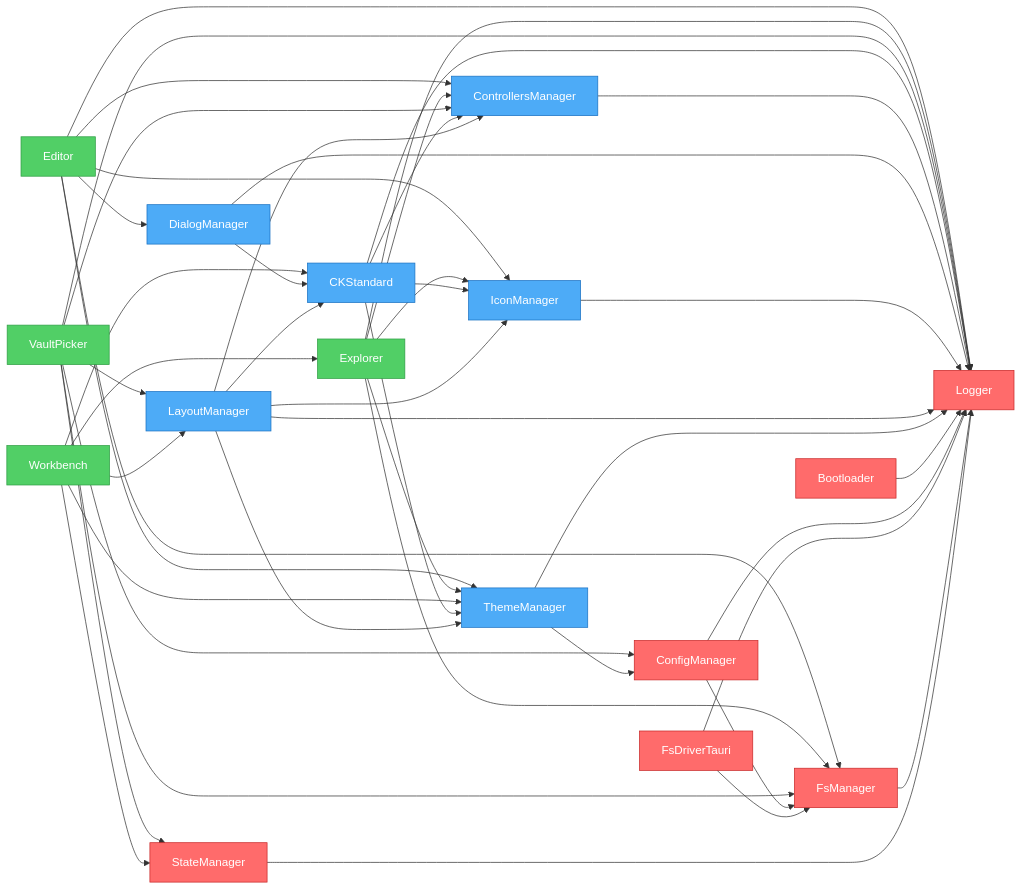
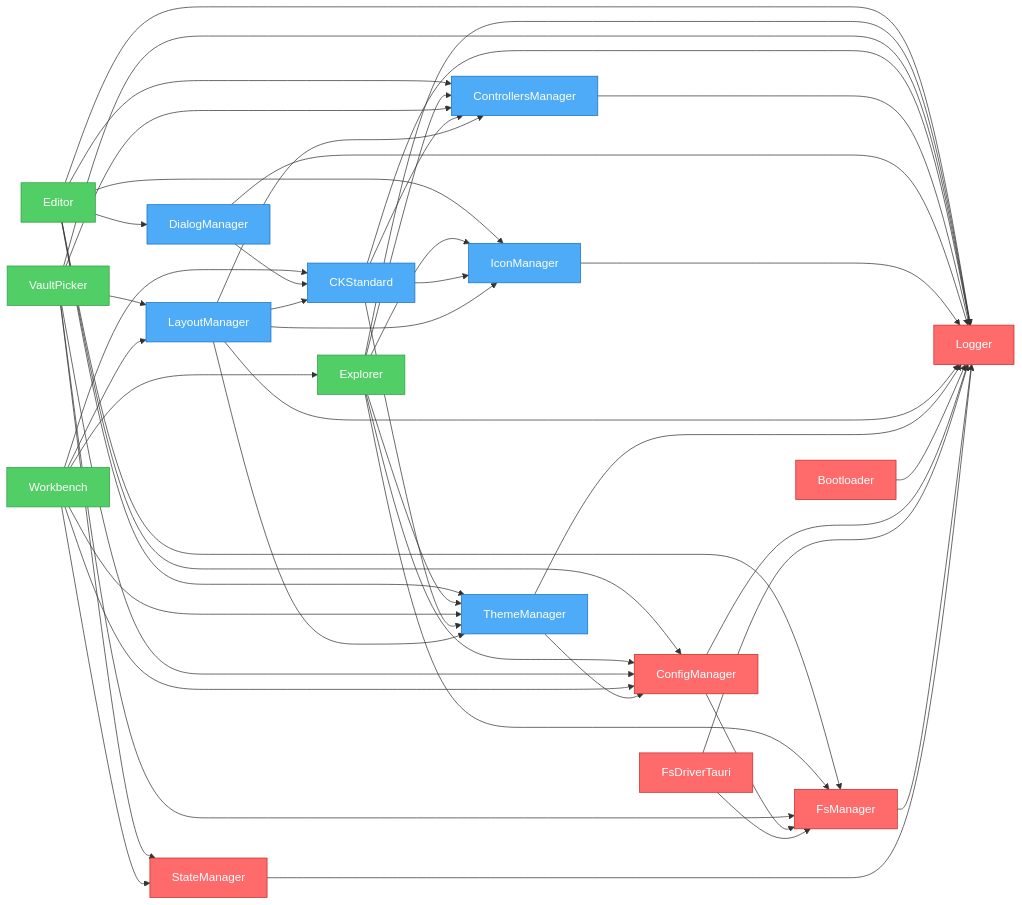
Before and after one commit to khton-tech/notehub.md: the diagram in artifacts/graph.mmd, drawn with Mermaid. The commit also changed 12 other files, not shown here.

Commit message:
feat: Add CodeMirror 6-based Notehub editor with markdown support and initial plugin structure for editor, explorer, and workbench features.

```diff
--- a/artifacts/graph.mmd
+++ b/artifacts/graph.mmd
@@ -1,70 +1,73 @@
 flowchart LR
     nh_features_editor["Editor"]
     nh_features_explorer["Explorer"]
     nh_features_vault-picker["VaultPicker"]
     nh_features_workbench["Workbench"]
     nh_ui_ck-standard["CKStandard"]
     nh_ui_controllers-manager["ControllersManager"]
     nh_ui_dialog-manager["DialogManager"]
     nh_ui_icon-manager["IconManager"]
     nh_ui_layout-manager["LayoutManager"]
     nh_ui_theme-manager["ThemeManager"]
     nh_system_bootloader["Bootloader"]
     nh_system_config-manager["ConfigManager"]
     nh_system_fs-driver-tauri["FsDriverTauri"]
     nh_system_fs-manager["FsManager"]
     nh_system_logger["Logger"]
     nh_system_state-manager["StateManager"]
+    nh_features_editor --> nh_system_config-manager
     nh_features_editor --> nh_system_fs-manager
     nh_features_editor --> nh_system_logger
     nh_features_editor --> nh_ui_controllers-manager
     nh_features_editor --> nh_ui_dialog-manager
     nh_features_editor --> nh_ui_icon-manager
     nh_features_editor --> nh_ui_theme-manager
+    nh_features_explorer --> nh_system_config-manager
     nh_features_explorer --> nh_system_fs-manager
     nh_features_explorer --> nh_system_logger
     nh_features_explorer --> nh_ui_controllers-manager
     nh_features_explorer --> nh_ui_icon-manager
     nh_features_explorer --> nh_ui_theme-manager
     nh_features_vault-picker --> nh_system_fs-manager
     nh_features_vault-picker --> nh_system_config-manager
     nh_features_vault-picker --> nh_system_state-manager
     nh_features_vault-picker --> nh_system_logger
     nh_features_vault-picker --> nh_ui_controllers-manager
     nh_features_vault-picker --> nh_ui_layout-manager
+    nh_features_workbench --> nh_system_config-manager
     nh_features_workbench --> nh_ui_layout-manager
     nh_features_workbench --> nh_ui_theme-manager
     nh_features_workbench --> nh_ui_ck-standard
     nh_features_workbench --> nh_system_state-manager
     nh_features_workbench --> nh_features_explorer
     nh_ui_ck-standard --> nh_system_logger
     nh_ui_ck-standard --> nh_ui_controllers-manager
     nh_ui_ck-standard --> nh_ui_icon-manager
     nh_ui_ck-standard --> nh_ui_theme-manager
     nh_ui_controllers-manager --> nh_system_logger
     nh_ui_dialog-manager --> nh_system_logger
     nh_ui_dialog-manager --> nh_ui_ck-standard
     nh_ui_icon-manager --> nh_system_logger
     nh_ui_layout-manager --> nh_system_logger
     nh_ui_layout-manager --> nh_ui_theme-manager
     nh_ui_layout-manager --> nh_ui_icon-manager
     nh_ui_layout-manager --> nh_ui_controllers-manager
     nh_ui_layout-manager --> nh_ui_ck-standard
     nh_ui_theme-manager --> nh_system_logger
     nh_ui_theme-manager --> nh_system_config-manager
     nh_system_bootloader --> nh_system_logger
     nh_system_config-manager --> nh_system_logger
     nh_system_config-manager --> nh_system_fs-manager
     nh_system_fs-driver-tauri --> nh_system_logger
     nh_system_fs-driver-tauri --> nh_system_fs-manager
     nh_system_fs-manager --> nh_system_logger
     nh_system_state-manager --> nh_system_logger
 
     %% Styles
     classDef system fill:#ff6b6b,stroke:#c92a2a,color:#fff
     classDef ui fill:#4dabf7,stroke:#1971c2,color:#fff
     classDef feature fill:#51cf66,stroke:#2f9e44,color:#fff
     class nh_features_editor,nh_features_explorer,nh_features_workbench feature
     class nh_features_vault-picker feature
     class nh_ui_ck-standard,nh_ui_controllers-manager,nh_ui_dialog-manager,nh_ui_icon-manager,nh_ui_layout-manager,nh_ui_theme-manager ui
     class nh_system_bootloader,nh_system_config-manager,nh_system_fs-driver-tauri,nh_system_fs-manager,nh_system_logger,nh_system_state-manager system
```
